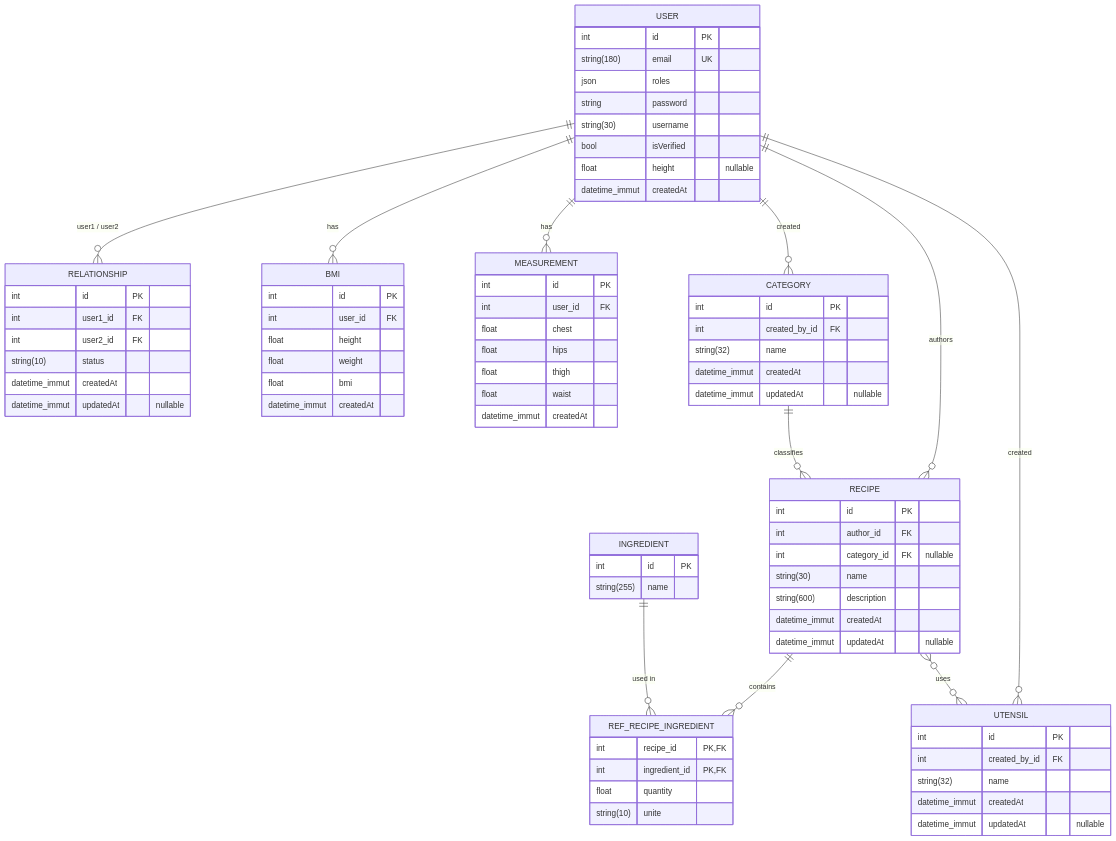
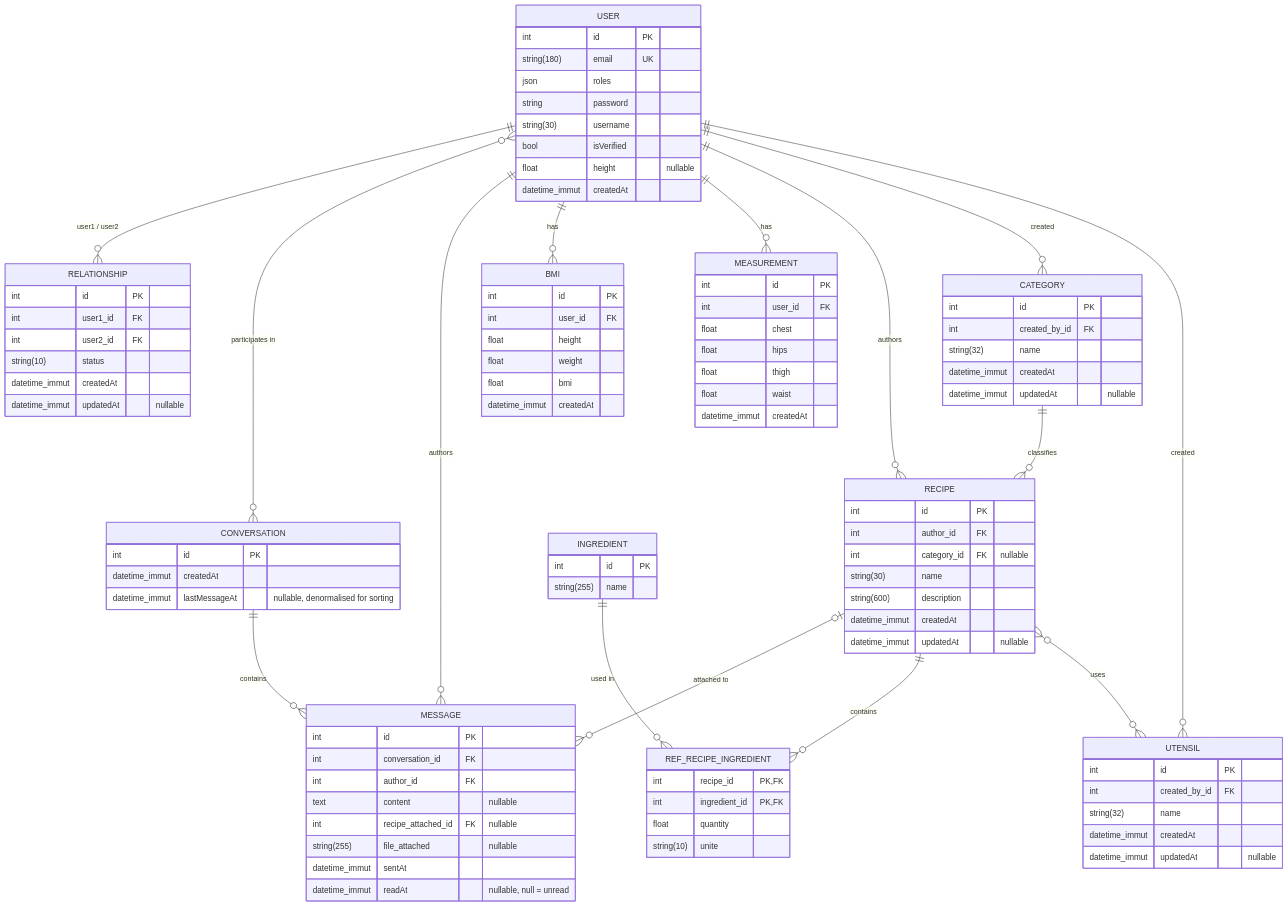
Before and after one commit to EECKHOUTRemi/MesApplisHF: the diagram in README.md, drawn with Mermaid. The commit also changed other lines of this file, not shown here.

Commit message:
docs: document the friends chat, realtime flow, tests and quality gates

````diff
--- a/README.md
+++ b/README.md
@@ -234,6 +325,10 @@
 ```mermaid
 erDiagram
     USER ||--o{ RELATIONSHIP            : "user1 / user2"
+    USER }o--o{ CONVERSATION            : "participates in"
+    CONVERSATION ||--o{ MESSAGE         : contains
+    USER ||--o{ MESSAGE                 : authors
+    RECIPE |o--o{ MESSAGE               : "attached to"
     USER ||--o{ BMI                     : has
     USER ||--o{ MEASUREMENT             : has
     USER ||--o{ RECIPE                  : authors
@@ -262,6 +357,23 @@
         string(10)      status
         datetime_immut  createdAt
         datetime_immut  updatedAt "nullable"
+    }
+
+    CONVERSATION {
+        int             id PK
+        datetime_immut  createdAt
+        datetime_immut  lastMessageAt "nullable, denormalised for sorting"
+    }
+
+    MESSAGE {
+        int             id PK
+        int             conversation_id FK
+        int             author_id FK
+        text            content "nullable"
+        int             recipe_attached_id FK "nullable"
+        string(255)     file_attached "nullable"
+        datetime_immut  sentAt
+        datetime_immut  readAt "nullable, null = unread"
     }
 
     BMI {
````
